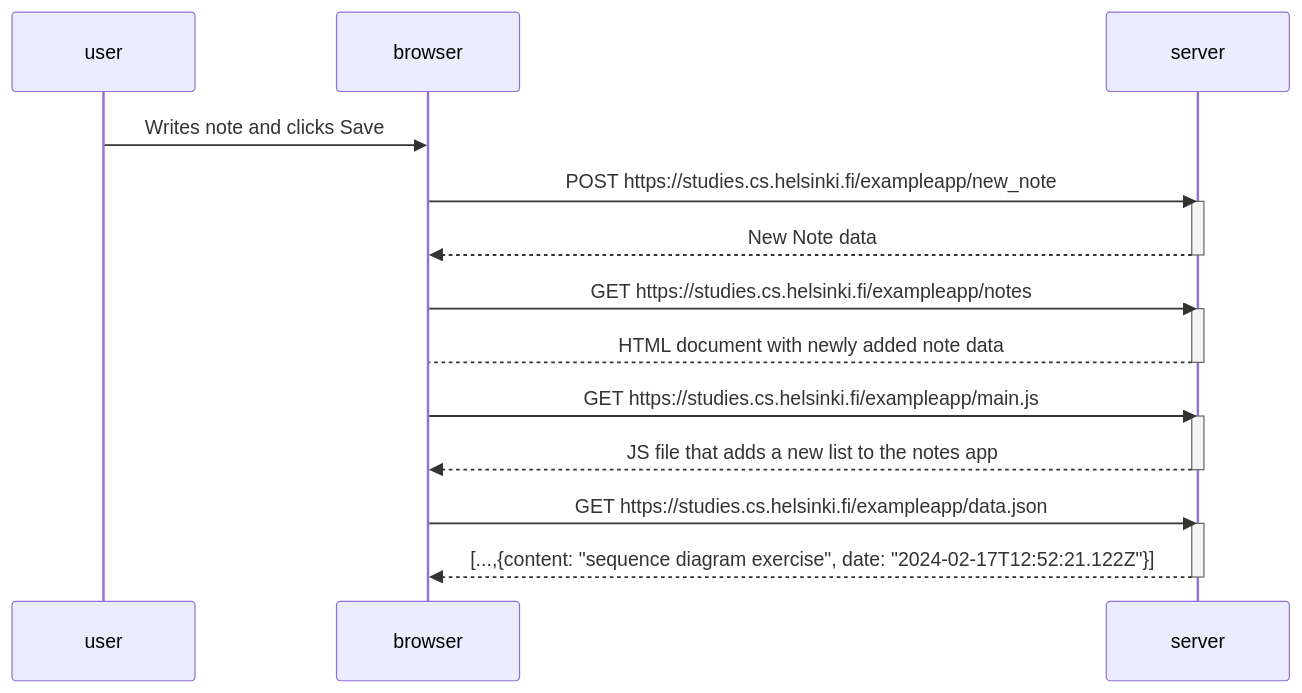
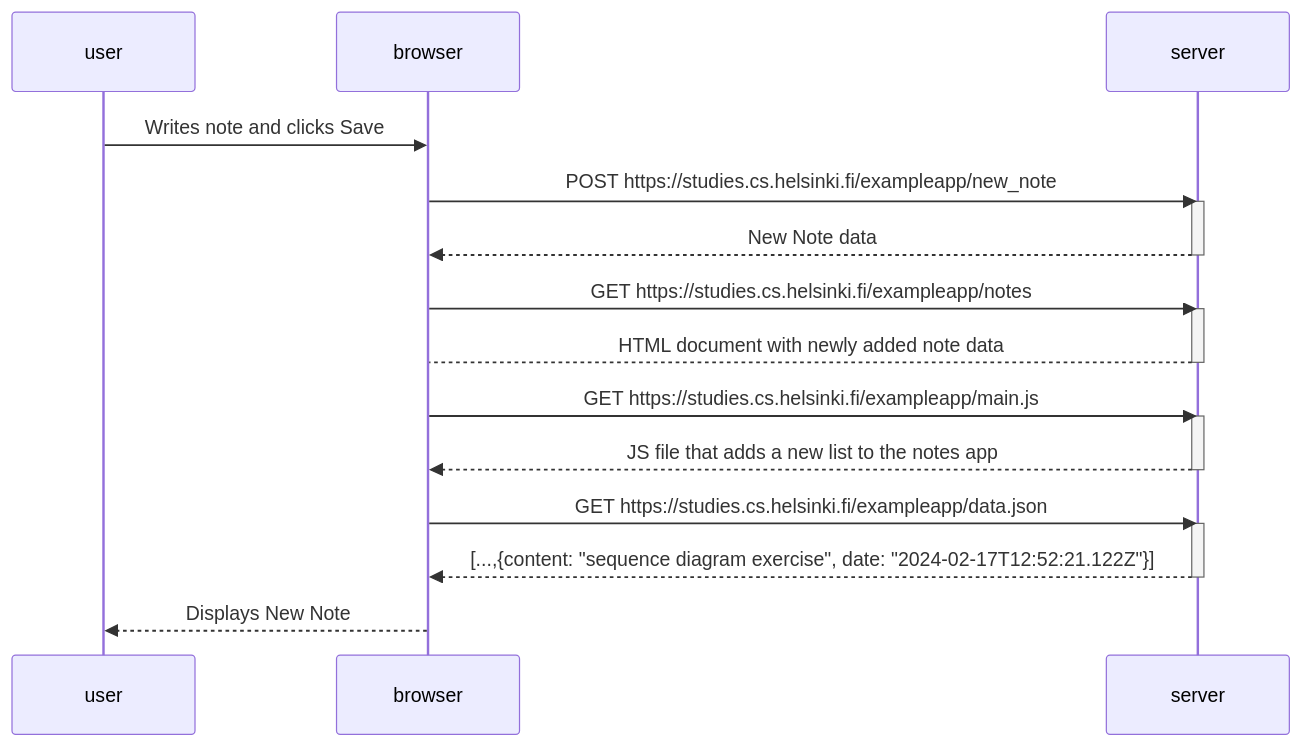
One commit to Yakumaa/fullstackopen changed the diagram in part0/sequenceDiagram.md. Above: the diagram before and after it, drawn with Mermaid.

Commit message:
Add display of new note to sequence diagram

````diff
--- a/part0/sequenceDiagram.md
+++ b/part0/sequenceDiagram.md
@@ -1,28 +1,31 @@
 ```mermaid
   sequenceDiagram
     participant user
     participant browser
     participant server
 
     user->>browser: Writes note and clicks Save
     browser->>server: POST https://studies.cs.helsinki.fi/exampleapp/new_note
     activate server
     server-->>browser: New Note data
     deactivate server
 
     browser->>server: GET https://studies.cs.helsinki.fi/exampleapp/notes
     activate server
     server-->browser: HTML document with newly added note data
     deactivate server
 
     browser->>server: GET https://studies.cs.helsinki.fi/exampleapp/main.js
     activate server
     server-->>browser: JS file that adds a new list to the notes app
     deactivate server
 
     browser->>server: GET https://studies.cs.helsinki.fi/exampleapp/data.json
     activate server
     server-->>browser: [...,{content: "sequence diagram exercise", date: "2024-02-17T12:52:21.122Z"}]
     deactivate server
 
+    browser-->>user: Displays New Note
+    
+
   ```
````
